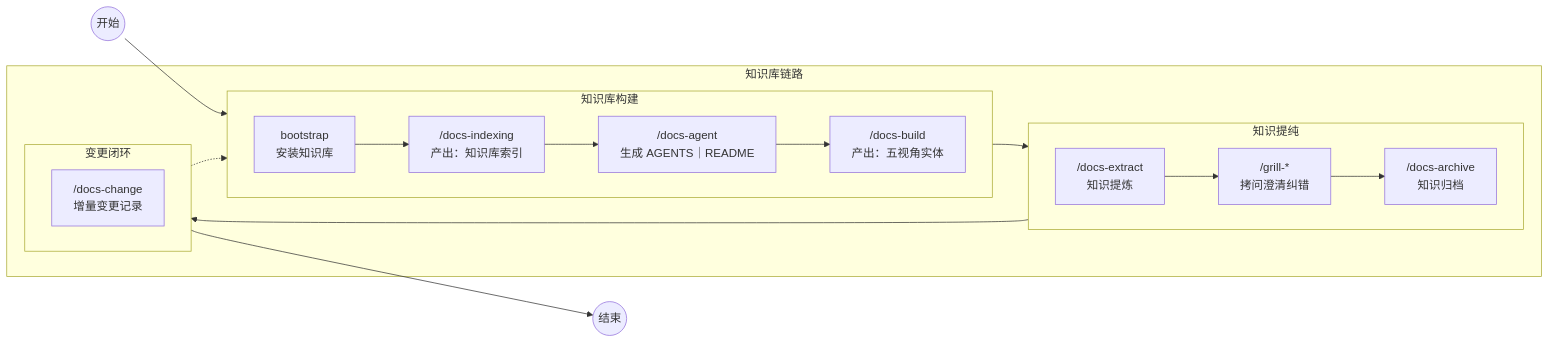
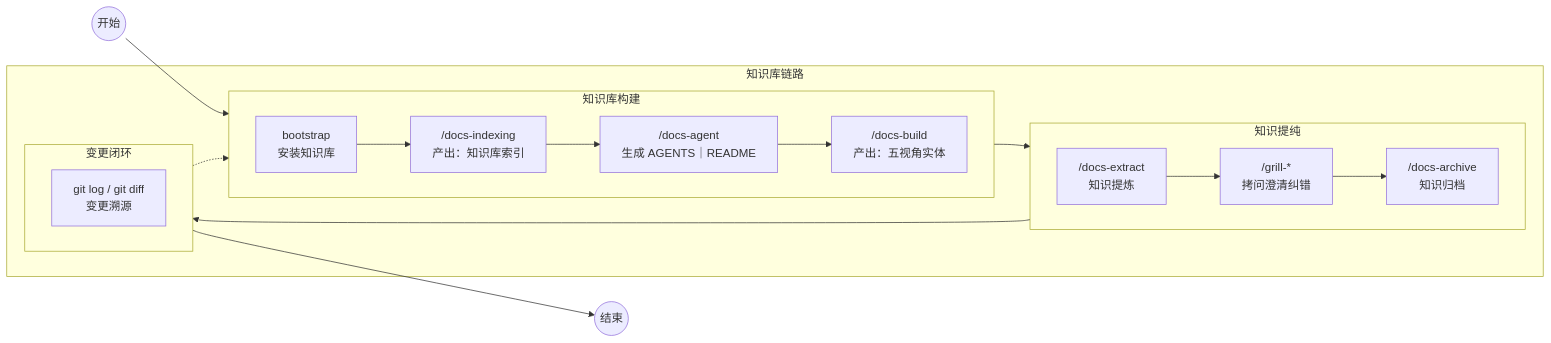
Before and after one commit to oleewen/ai-knowledge: the fourth of 4 diagrams in quick-start.md, drawn with Mermaid. The commit also changed other lines of this file and 44 other files, not shown here.

````diff
--- a/quick-start.md
+++ b/quick-start.md
@@ -259,35 +259,35 @@
 ```mermaid
 flowchart LR
     S((开始))
     subgraph LEGACY["知识库链路"]
         subgraph SRC["知识库构建"]
             direction LR
             A["bootstrap<br/>安装知识库"]
             B["/docs-indexing<br/>产出：知识库索引"]
             G["/docs-agent<br/>生成 AGENTS｜README"]
             F["/docs-build<br/>产出：五视角实体"]
 
             A --> B --> G --> F
         end
 
         subgraph EXTRACT["知识提纯"]
             direction LR
             C["/docs-extract<br/>知识提炼"]
             D["/grill-*<br/>拷问澄清纠错"]
             E["/docs-archive<br/>知识归档"]
 
             C --> D --> E
         end
 
         subgraph DEP["变更闭环"]
             direction LR
-            H["/docs-change<br/>增量变更记录"]
+            H["git log / git diff<br/>变更溯源"]
 
             E --> H
         end
     end
     S --> A
     F --> C
     H -.-> B
     H --> Z((结束))
 ```
````
